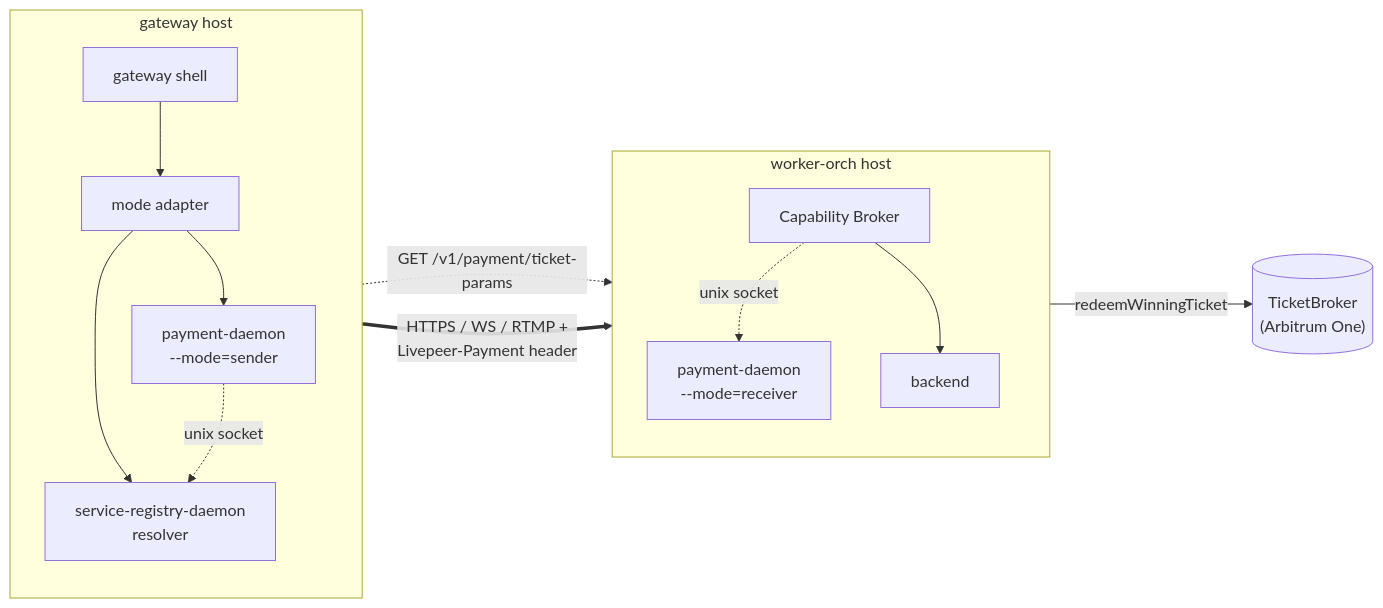
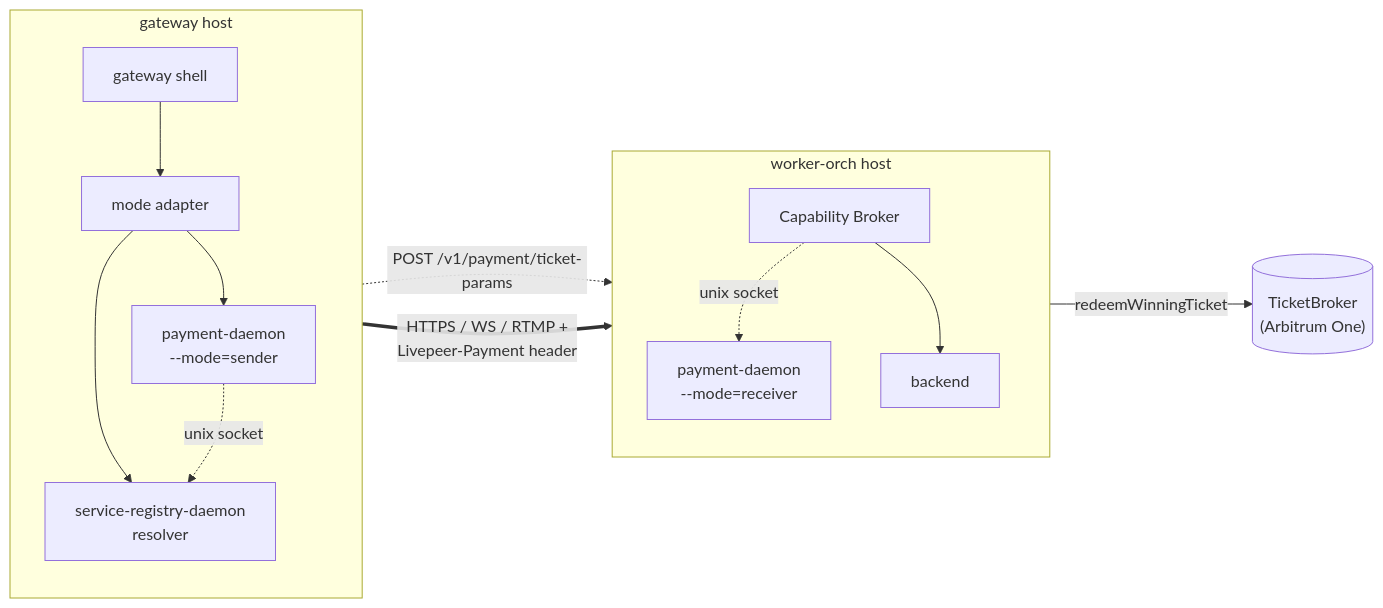
The first of 3 diagrams in docs/design-docs/payment-daemon-interactions.md (Cloud-SPE/livepeer-network-modules), drawn with Mermaid before and after one commit. The commit also changed other lines of this file and 35 other files, not shown here.

````diff
--- a/docs/design-docs/payment-daemon-interactions.md
+++ b/docs/design-docs/payment-daemon-interactions.md
@@ -75,29 +75,29 @@
 ```mermaid
 flowchart LR
     subgraph gateway_host["gateway host"]
         direction TB
         Shell["gateway shell"]
         Adapter["mode adapter"]
         SRDg["service-registry-daemon<br/>resolver"]
         Sender["payment-daemon<br/>--mode=sender"]
     end
 
     subgraph worker_host["worker-orch host"]
         direction TB
         Broker["Capability Broker"]
         Receiver["payment-daemon<br/>--mode=receiver"]
         Backend["backend"]
     end
 
     Chain[("TicketBroker<br/>(Arbitrum One)")]
 
     Shell --> Adapter
     Adapter --> SRDg
     Adapter --> Sender
     Sender -.->|"unix socket"| SRDg
-    Sender -.->|"GET /v1/payment/ticket-params"| Broker
+    Sender -.->|"POST /v1/payment/ticket-params"| Broker
     Adapter ==>|"HTTPS / WS / RTMP +<br/>Livepeer-Payment header"| Broker
     Broker -.->|"unix socket"| Receiver
     Receiver -->|"redeemWinningTicket"| Chain
     Broker --> Backend
 ```
````
